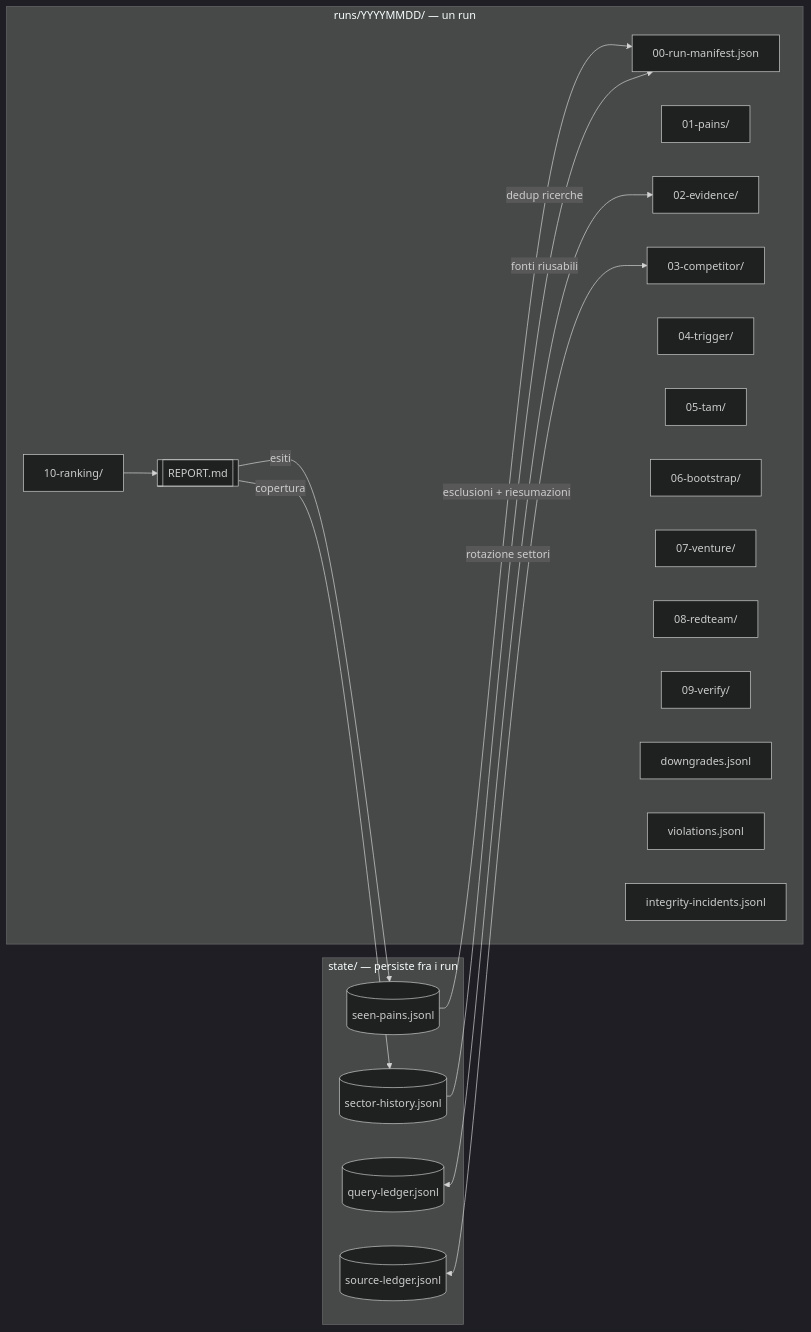
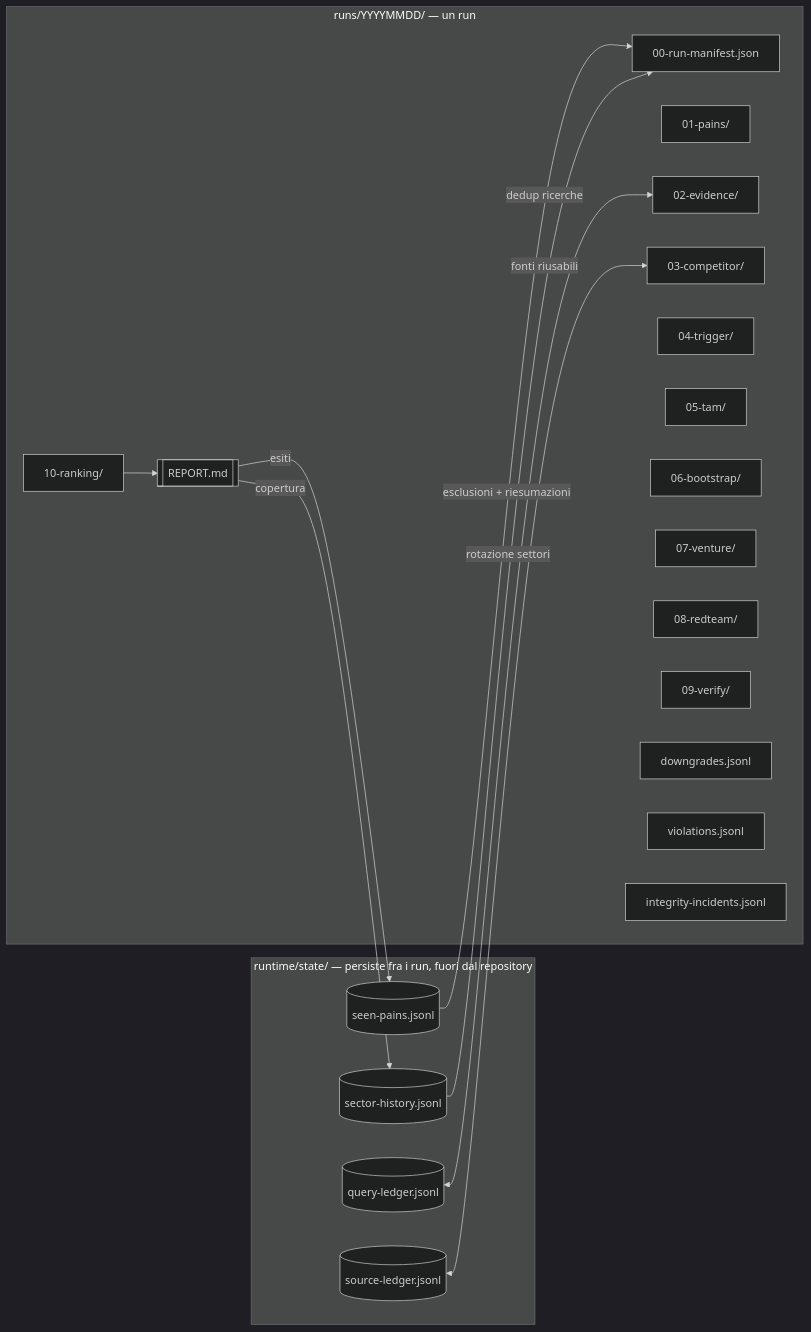
Before and after one commit to tramitemarketing/deepsearch-pipeline: the fourth of 4 diagrams in docs/ARCHITETTURA.md, drawn with Mermaid (dark theme). The commit also changed other lines of this file and 13 other files, not shown here.

````diff
--- a/docs/ARCHITETTURA.md
+++ b/docs/ARCHITETTURA.md
@@ -249,35 +249,35 @@
 ```mermaid
 flowchart LR
-    subgraph state ["state/ — persiste fra i run"]
+    subgraph state ["runtime/state/ — persiste fra i run, fuori dal repository"]
         SP[(seen-pains.jsonl)]
         SL[(source-ledger.jsonl)]
         QL[(query-ledger.jsonl)]
         SH[(sector-history.jsonl)]
     end
 
     subgraph run ["runs/YYYYMMDD/ — un run"]
         M[00-run-manifest.json]
         P[01-pains/]
         E[02-evidence/]
         C[03-competitor/]
         T[04-trigger/]
         TA2[05-tam/]
         B[06-bootstrap/]
         V[07-venture/]
         R[08-redteam/]
         VF[09-verify/]
         RK[10-ranking/]
         REP[[REPORT.md]]
         DG[downgrades.jsonl]
         VIO[violations.jsonl]
         INT[integrity-incidents.jsonl]
     end
 
     SP -->|esclusioni + riesumazioni| M
     SH -->|rotazione settori| M
     QL <-->|dedup ricerche| E
     SL <-->|fonti riusabili| C
     RK --> REP
     REP -->|esiti| SP
     REP -->|copertura| SH
 ```
````
